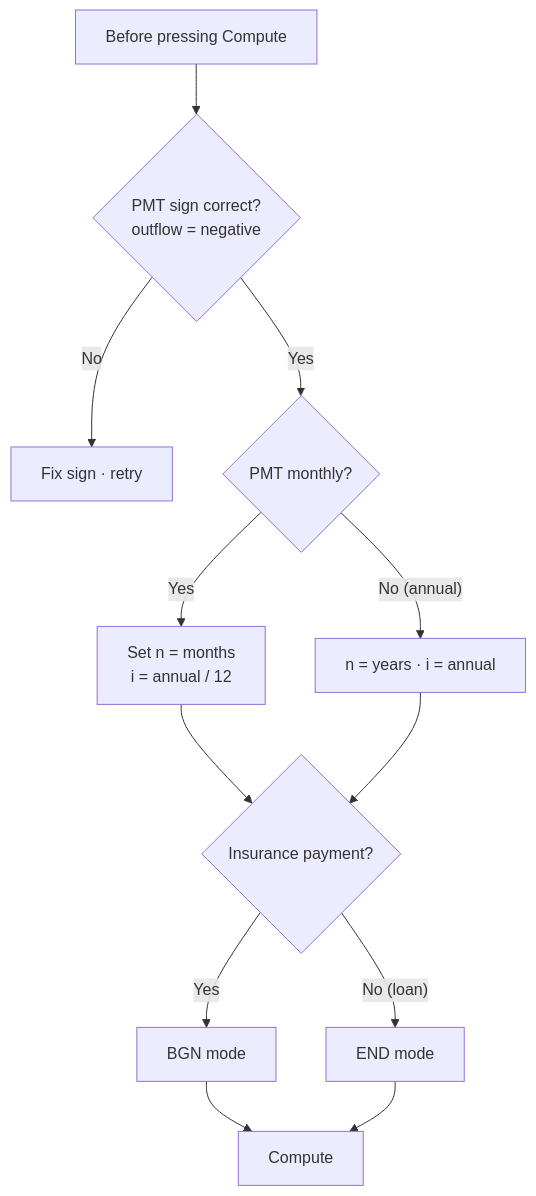
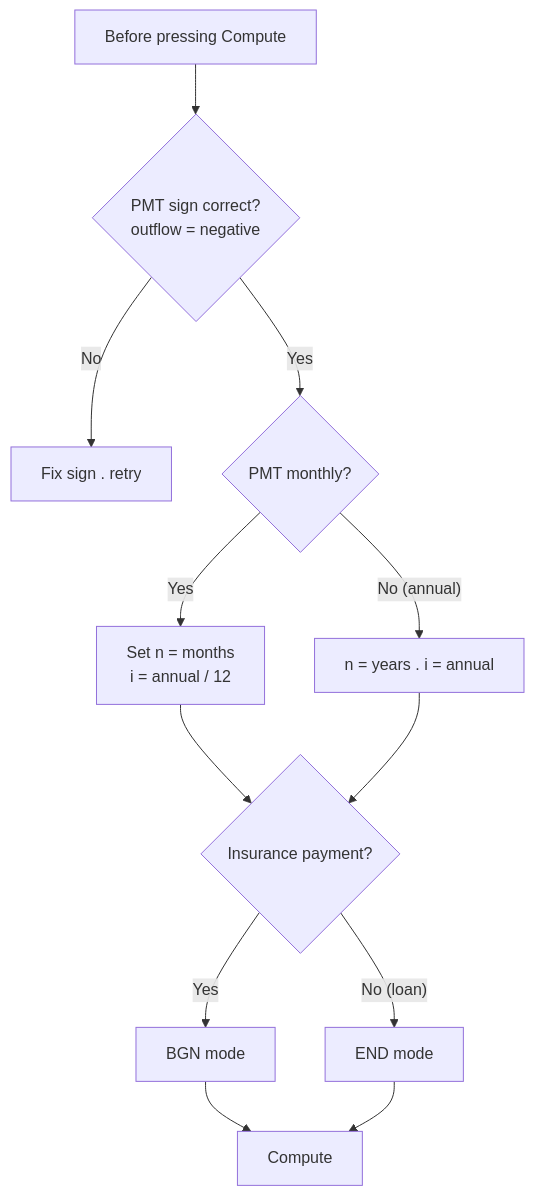
One commit to leotansingapore/aia-product-compass-hub changed the sixth of 6 diagrams in docs/first-60-days/week-5/day-28.md. Above: the diagram before and after it, drawn with Mermaid. The commit also changed other lines of this file and 75 other files, not shown here.

````diff
--- a/docs/first-60-days/week-5/day-28.md
+++ b/docs/first-60-days/week-5/day-28.md
@@ -554,12 +554,12 @@
 ```mermaid
 flowchart TD
     A["Before pressing Compute"] --> B{"PMT sign correct?<br/>outflow = negative"}
-    B -->|"No"| C["Fix sign · retry"]
+    B -->|"No"| C["Fix sign . retry"]
     B -->|"Yes"| D{"PMT monthly?"}
     D -->|"Yes"| E["Set n = months<br/>i = annual / 12"]
-    D -->|"No (annual)"| F["n = years · i = annual"]
+    D -->|"No (annual)"| F["n = years . i = annual"]
     E & F --> G{"Insurance payment?"}
     G -->|"Yes"| H["BGN mode"]
     G -->|"No (loan)"| I["END mode"]
     H & I --> J["Compute"]
 ```
````
